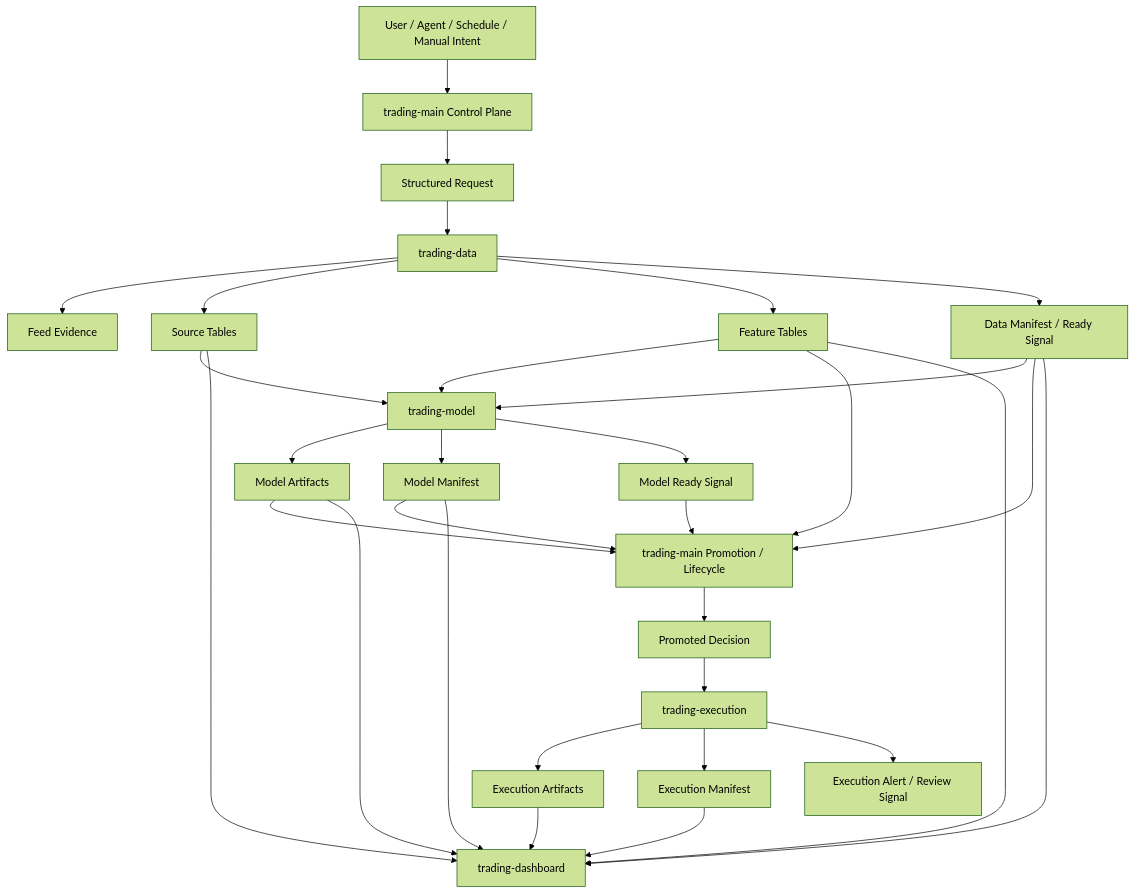
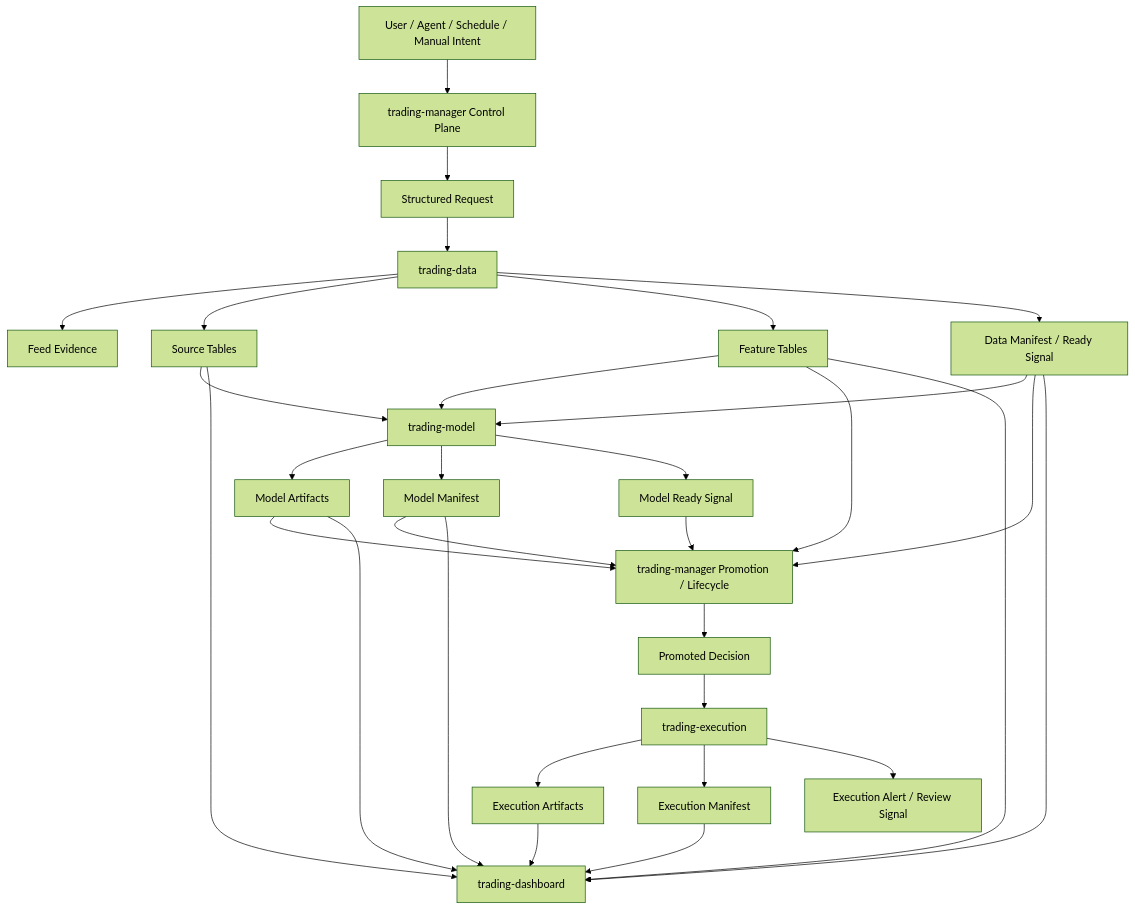
Before and after one commit to gilmore307/trading-manager: the diagram in docs/02_workflow.md, drawn with Mermaid (forest theme). The commit also changed other lines of this file and 24 other files, not shown here.

Commit message:
Rename trading-main to trading-manager

````diff
--- a/docs/02_workflow.md
+++ b/docs/02_workflow.md
@@ -59,39 +59,39 @@
 ```mermaid
 flowchart TD
-  A[User / Agent / Schedule / Manual Intent] --> B[trading-main Control Plane]
+  A[User / Agent / Schedule / Manual Intent] --> B[trading-manager Control Plane]
   B --> C[Structured Request]
   C --> D[trading-data]
   D --> E[Feed Evidence]
   D --> F[Source Tables]
   D --> G[Feature Tables]
   D --> H[Data Manifest / Ready Signal]
 
   F --> I[trading-model]
   G --> I
   H --> I
 
   I --> M[Model Artifacts]
   I --> N[Model Manifest]
   I --> O[Model Ready Signal]
 
-  M --> P[trading-main Promotion / Lifecycle]
+  M --> P[trading-manager Promotion / Lifecycle]
   N --> P
   O --> P
   G --> P
   H --> P
 
   P --> Q[Promoted Decision]
   Q --> R[trading-execution]
 
   R --> S[Execution Artifacts]
   R --> T[Execution Manifest]
   R --> U[Execution Alert / Review Signal]
 
   F --> V[trading-dashboard]
   G --> V
   M --> V
   S --> V
   H --> V
   N --> V
   T --> V
 ```
````
